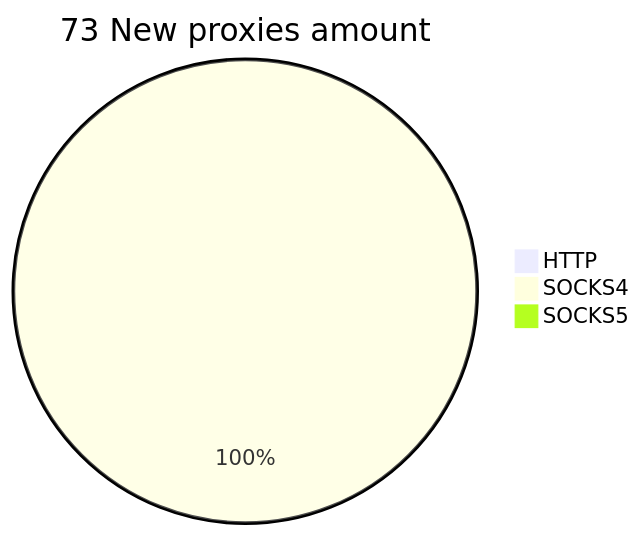
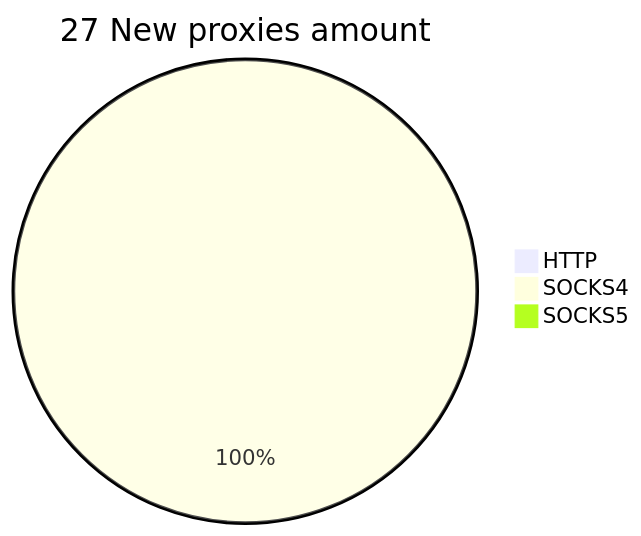
The second of 2 diagrams in README.md (cutipu/proxylist), drawn with Mermaid before and after one commit. The commit also changed other lines of this file, not shown here.

````diff
--- a/README.md
+++ b/README.md
@@ -10,6 +10,6 @@
 ```mermaid
-pie title 73 New proxies amount
+pie title 27 New proxies amount
     "HTTP" : 0
-    "SOCKS4" : 73
+    "SOCKS4" : 27
     "SOCKS5" : 0
 ```
````
